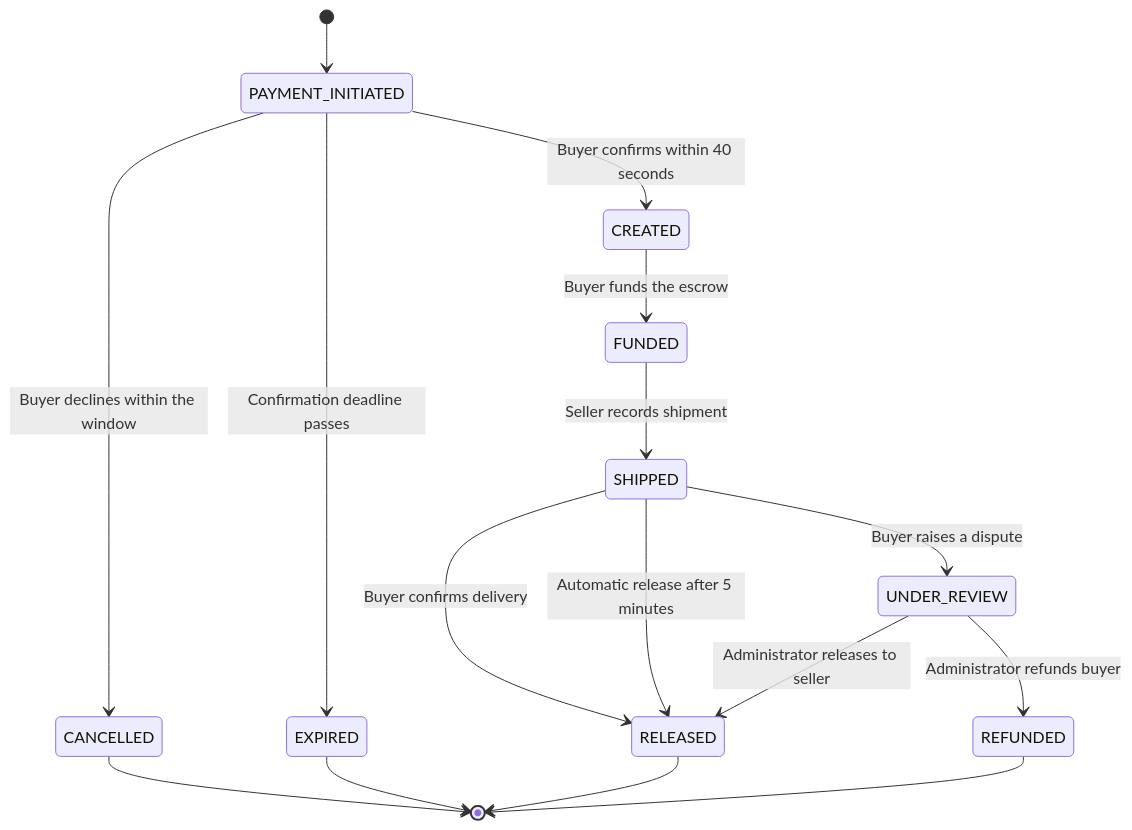
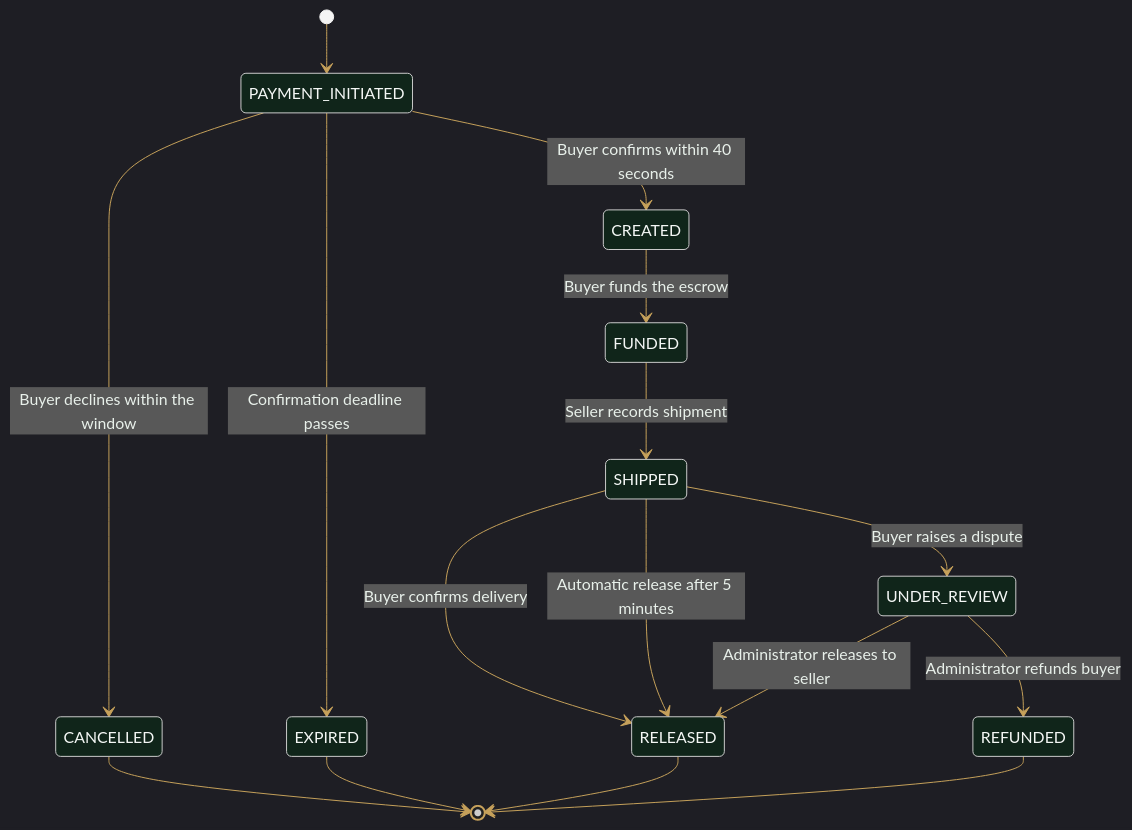
One commit to Siva2583/Revert-Pay-2.0 changed the second of 2 diagrams in README.md. Above: the diagram before and after it, drawn with Mermaid. The commit also changed other lines of this file and 1 other file, not shown here.

Commit message:
docs: polish README visuals and diagrams

````diff
--- a/README.md
+++ b/README.md
@@ -140,18 +156,19 @@
 ```mermaid
+%%{init: {"theme":"dark", "themeVariables":{"fontFamily":"Inter, Segoe UI, sans-serif", "background":"#080B09", "primaryColor":"#10251A", "primaryTextColor":"#F4F7F5", "primaryBorderColor":"#00C853", "lineColor":"#C6A15B", "secondaryColor":"#211B11", "tertiaryColor":"#0D130F", "textColor":"#E8F0EA", "stateBkg":"#10251A", "stateBorder":"#00C853", "stateLabelColor":"#F4F7F5", "transitionColor":"#C6A15B", "transitionLabelColor":"#E8F0EA"}}}%%
 stateDiagram-v2
     [*] --> PAYMENT_INITIATED
     PAYMENT_INITIATED --> CREATED: Buyer confirms within 40 seconds
     PAYMENT_INITIATED --> CANCELLED: Buyer declines within the window
     PAYMENT_INITIATED --> EXPIRED: Confirmation deadline passes
     CREATED --> FUNDED: Buyer funds the escrow
     FUNDED --> SHIPPED: Seller records shipment
     SHIPPED --> RELEASED: Buyer confirms delivery
     SHIPPED --> RELEASED: Automatic release after 5 minutes
     SHIPPED --> UNDER_REVIEW: Buyer raises a dispute
     UNDER_REVIEW --> RELEASED: Administrator releases to seller
     UNDER_REVIEW --> REFUNDED: Administrator refunds buyer
     CANCELLED --> [*]
     EXPIRED --> [*]
     RELEASED --> [*]
     REFUNDED --> [*]
 ```
````
